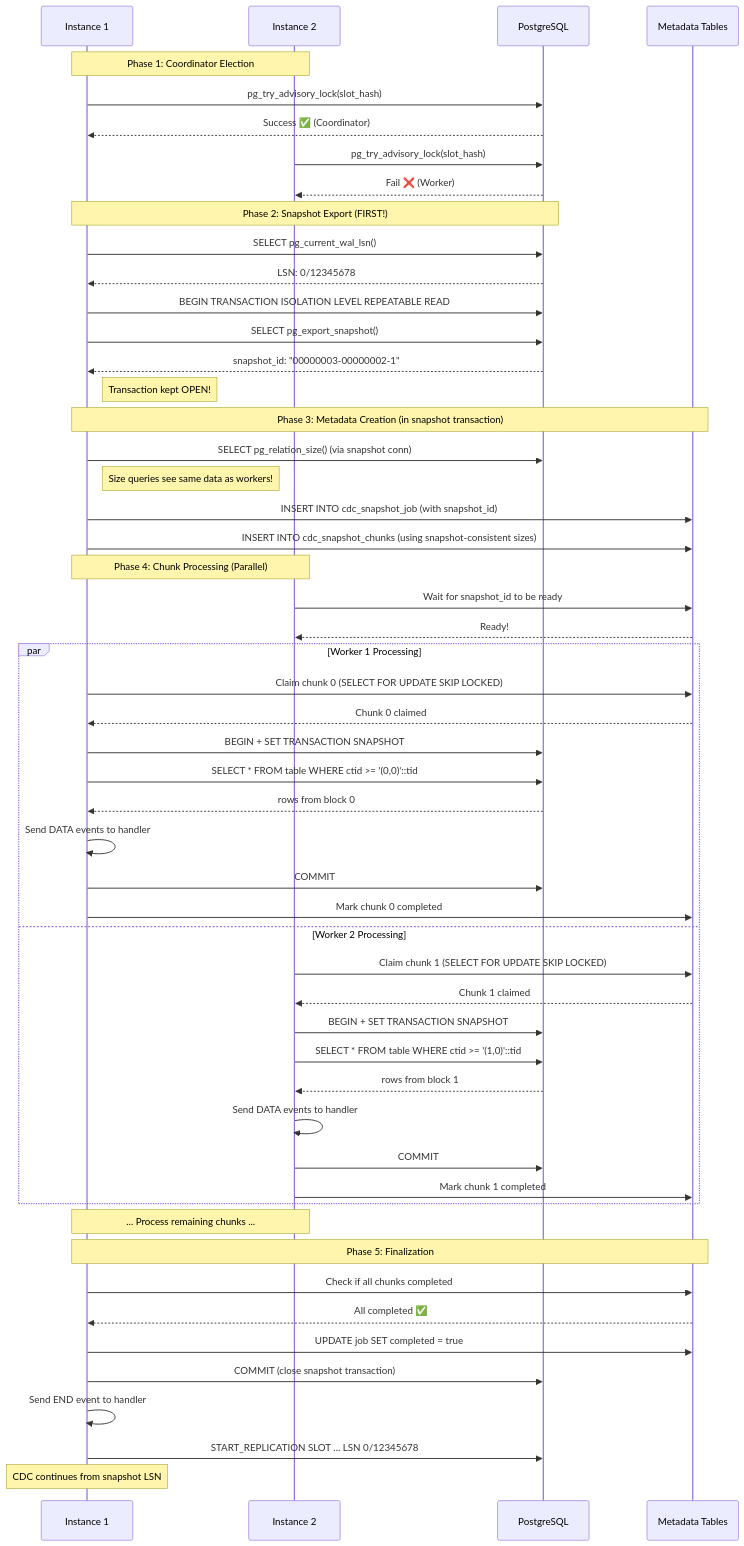
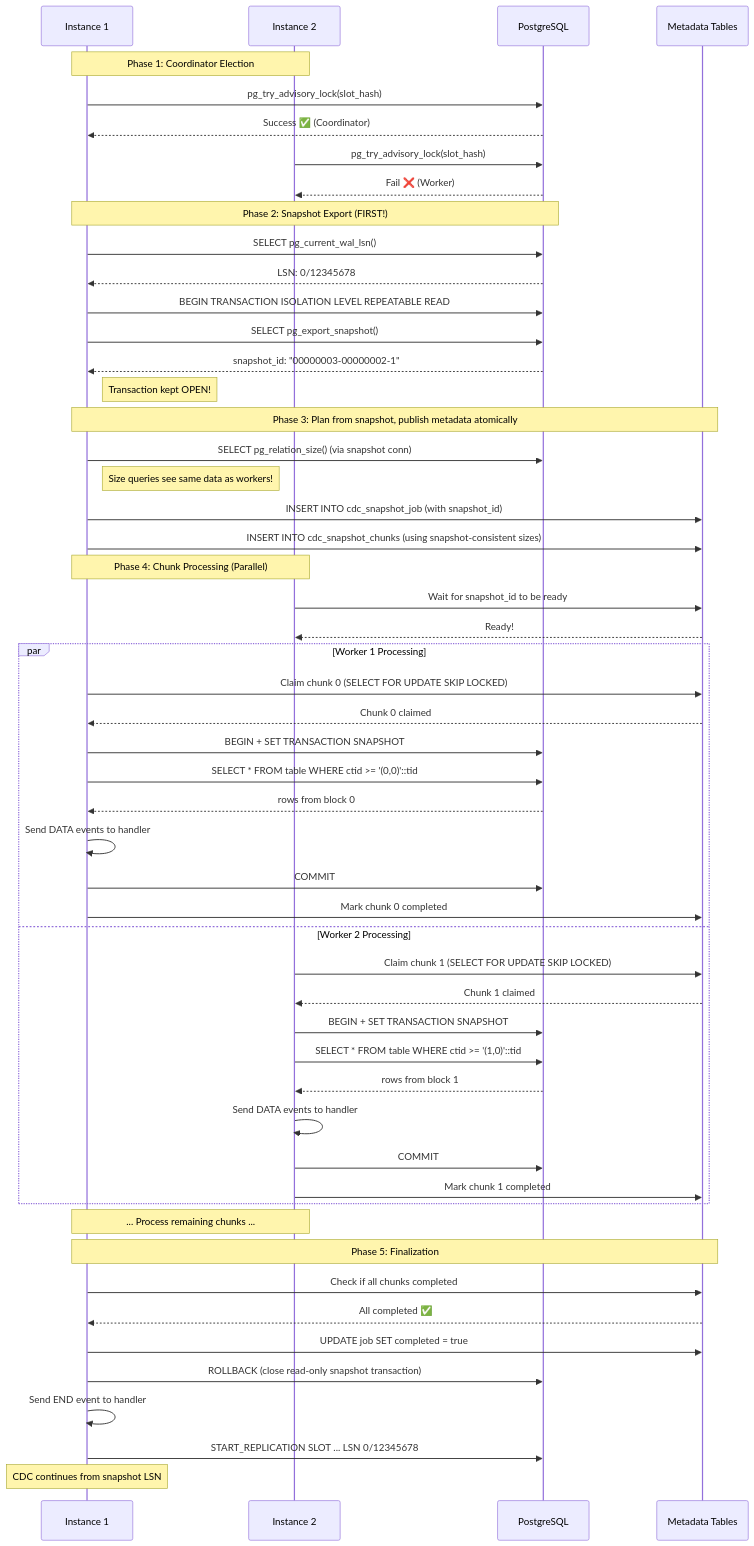
Before and after one commit to mustafa0x/go-pq-cdc: the diagram in docs/SNAPSHOT_FEATURE.md, drawn with Mermaid. The commit also changed other lines of this file and 36 other files, not shown here.

````diff
--- a/docs/SNAPSHOT_FEATURE.md
+++ b/docs/SNAPSHOT_FEATURE.md
@@ -223,62 +237,62 @@
 ```mermaid
 sequenceDiagram
     participant I1 as Instance 1
     participant I2 as Instance 2
     participant DB as PostgreSQL
     participant Meta as Metadata Tables
     
     Note over I1,I2: Phase 1: Coordinator Election
     I1->>DB: pg_try_advisory_lock(slot_hash)
     DB-->>I1: Success ✅ (Coordinator)
     I2->>DB: pg_try_advisory_lock(slot_hash)
     DB-->>I2: Fail ❌ (Worker)
     
     Note over I1,DB: Phase 2: Snapshot Export (FIRST!)
     I1->>DB: SELECT pg_current_wal_lsn()
     DB-->>I1: LSN: 0/12345678
     I1->>DB: BEGIN TRANSACTION ISOLATION LEVEL REPEATABLE READ
     I1->>DB: SELECT pg_export_snapshot()
     DB-->>I1: snapshot_id: "00000003-00000002-1"
     Note right of I1: Transaction kept OPEN!
     
-    Note over I1,Meta: Phase 3: Metadata Creation (in snapshot transaction)
+    Note over I1,Meta: Phase 3: Plan from snapshot, publish metadata atomically
     I1->>DB: SELECT pg_relation_size() (via snapshot conn)
     Note right of I1: Size queries see same data as workers!
     I1->>Meta: INSERT INTO cdc_snapshot_job (with snapshot_id)
     I1->>Meta: INSERT INTO cdc_snapshot_chunks (using snapshot-consistent sizes)
     
     Note over I1,I2: Phase 4: Chunk Processing (Parallel)
     I2->>Meta: Wait for snapshot_id to be ready
     Meta-->>I2: Ready!
     
     par Worker 1 Processing
         I1->>Meta: Claim chunk 0 (SELECT FOR UPDATE SKIP LOCKED)
         Meta-->>I1: Chunk 0 claimed
         I1->>DB: BEGIN + SET TRANSACTION SNAPSHOT
         I1->>DB: SELECT * FROM table WHERE ctid >= '(0,0)'::tid
         DB-->>I1: rows from block 0
         I1->>I1: Send DATA events to handler
         I1->>DB: COMMIT
         I1->>Meta: Mark chunk 0 completed
     and Worker 2 Processing
         I2->>Meta: Claim chunk 1 (SELECT FOR UPDATE SKIP LOCKED)
         Meta-->>I2: Chunk 1 claimed
         I2->>DB: BEGIN + SET TRANSACTION SNAPSHOT
         I2->>DB: SELECT * FROM table WHERE ctid >= '(1,0)'::tid
         DB-->>I2: rows from block 1
         I2->>I2: Send DATA events to handler
         I2->>DB: COMMIT
         I2->>Meta: Mark chunk 1 completed
     end
     
     Note over I1,I2: ... Process remaining chunks ...
     
     Note over I1,Meta: Phase 5: Finalization
     I1->>Meta: Check if all chunks completed
     Meta-->>I1: All completed ✅
     I1->>Meta: UPDATE job SET completed = true
-    I1->>DB: COMMIT (close snapshot transaction)
+    I1->>DB: ROLLBACK (close read-only snapshot transaction)
     I1->>I1: Send END event to handler
     I1->>DB: START_REPLICATION SLOT ... LSN 0/12345678
     Note over I1: CDC continues from snapshot LSN
 ```
````
